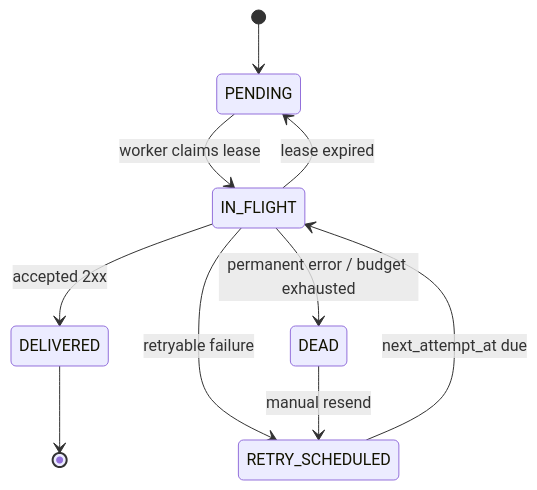
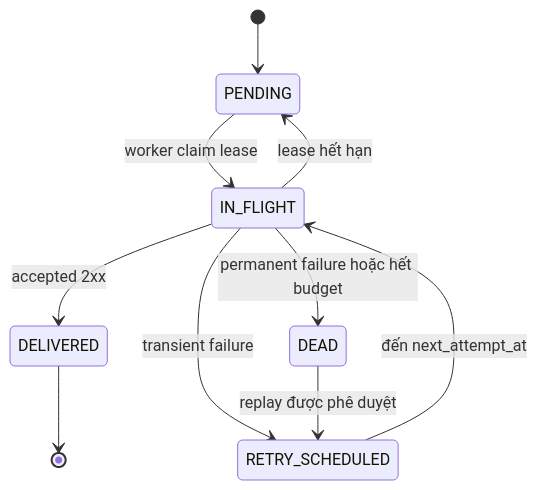
One commit to vanhiep99w/interview-question changed the third of 6 diagrams in content/docs/system-design/05-webhook-delivery-system.mdx. Above: the diagram before and after it, drawn with Mermaid. The commit also changed other lines of this file and 5 other files, not shown here.

````diff
--- a/content/docs/system-design/05-webhook-delivery-system.mdx
+++ b/content/docs/system-design/05-webhook-delivery-system.mdx
@@ -654,12 +218,12 @@
 ```mermaid
 stateDiagram-v2
     [*] --> PENDING
-    PENDING --> IN_FLIGHT: worker claims lease
+    PENDING --> IN_FLIGHT: worker claim lease
     IN_FLIGHT --> DELIVERED: accepted 2xx
-    IN_FLIGHT --> RETRY_SCHEDULED: retryable failure
-    IN_FLIGHT --> DEAD: permanent error / budget exhausted
-    RETRY_SCHEDULED --> IN_FLIGHT: next_attempt_at due
-    IN_FLIGHT --> PENDING: lease expired
-    DEAD --> RETRY_SCHEDULED: manual resend
+    IN_FLIGHT --> RETRY_SCHEDULED: transient failure
+    IN_FLIGHT --> DEAD: permanent failure hoặc hết budget
+    RETRY_SCHEDULED --> IN_FLIGHT: đến next_attempt_at
+    IN_FLIGHT --> PENDING: lease hết hạn
+    DEAD --> RETRY_SCHEDULED: replay được phê duyệt
     DELIVERED --> [*]
 ```
````
